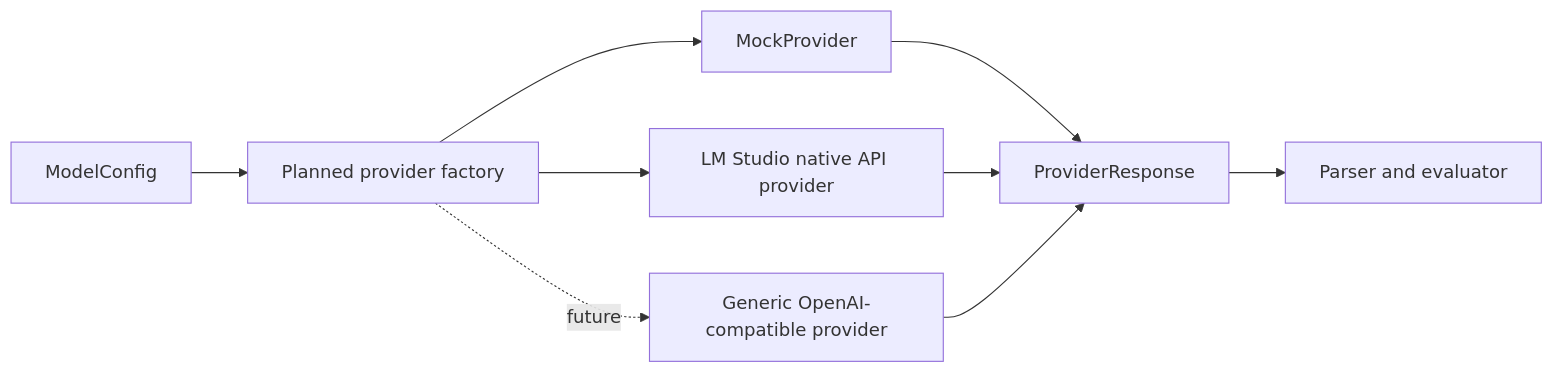
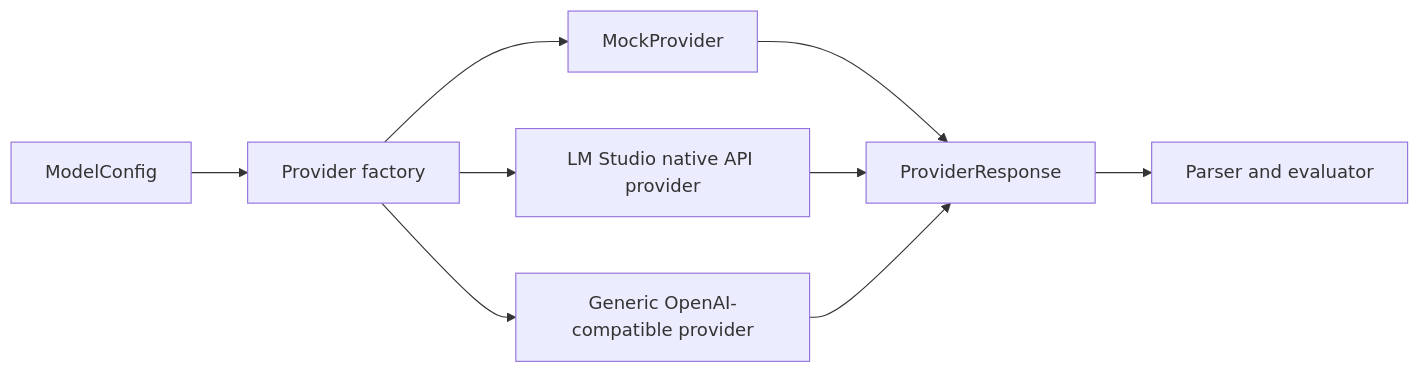
Before and after one commit to ataozalpp/llm-benchmark: the second of 3 diagrams in docs/architecture.md, drawn with Mermaid. The commit also changed other lines of this file and 9 other files, not shown here.

Commit message:
adding openai-compatible provider

````diff
--- a/docs/architecture.md
+++ b/docs/architecture.md
@@ -57,11 +57,11 @@
 ```mermaid
 flowchart LR
-    A[ModelConfig] --> B[Planned provider factory]
+    A[ModelConfig] --> B[Provider factory]
     B --> C[MockProvider]
     B --> D[LM Studio native API provider]
-    B -. future .-> E[Generic OpenAI-compatible provider]
+    B --> E[Generic OpenAI-compatible provider]
     C --> F[ProviderResponse]
     D --> F
     E --> F
     F --> G[Parser and evaluator]
 ```
````
